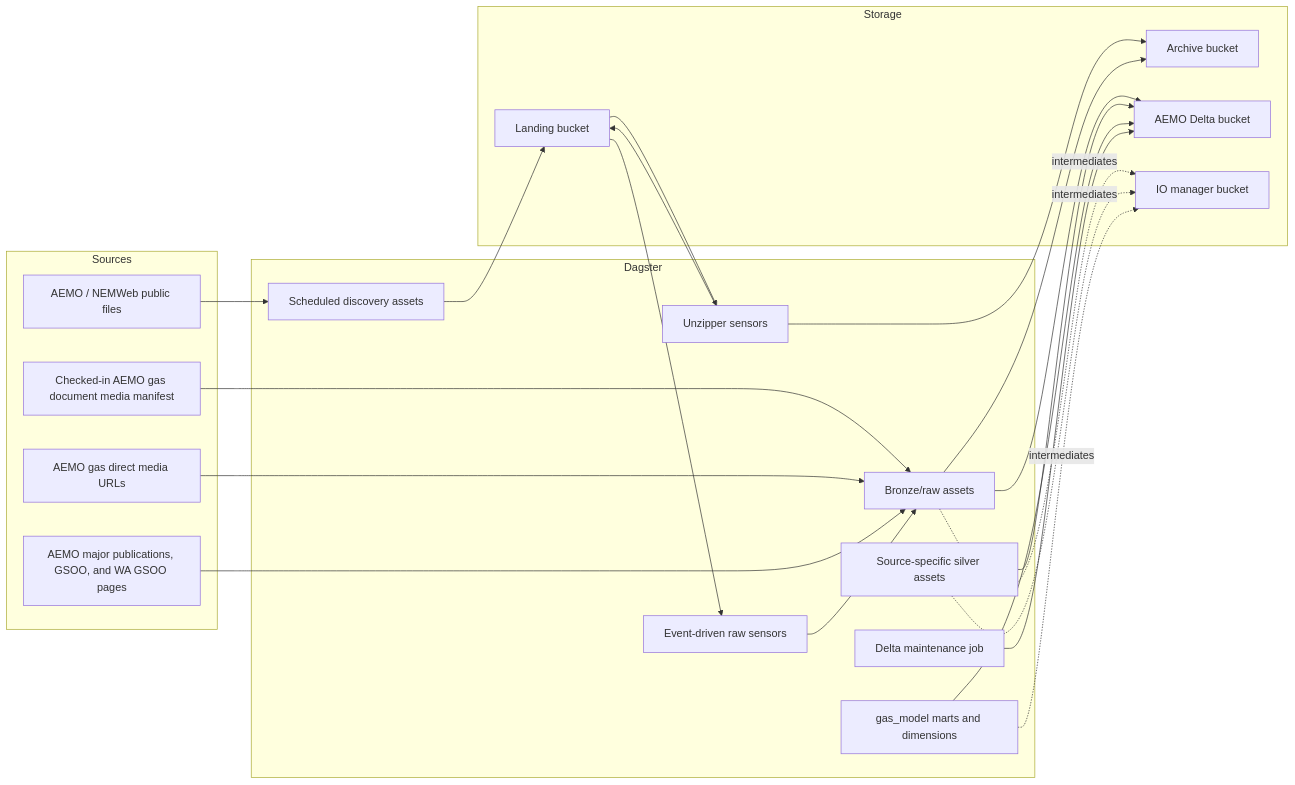
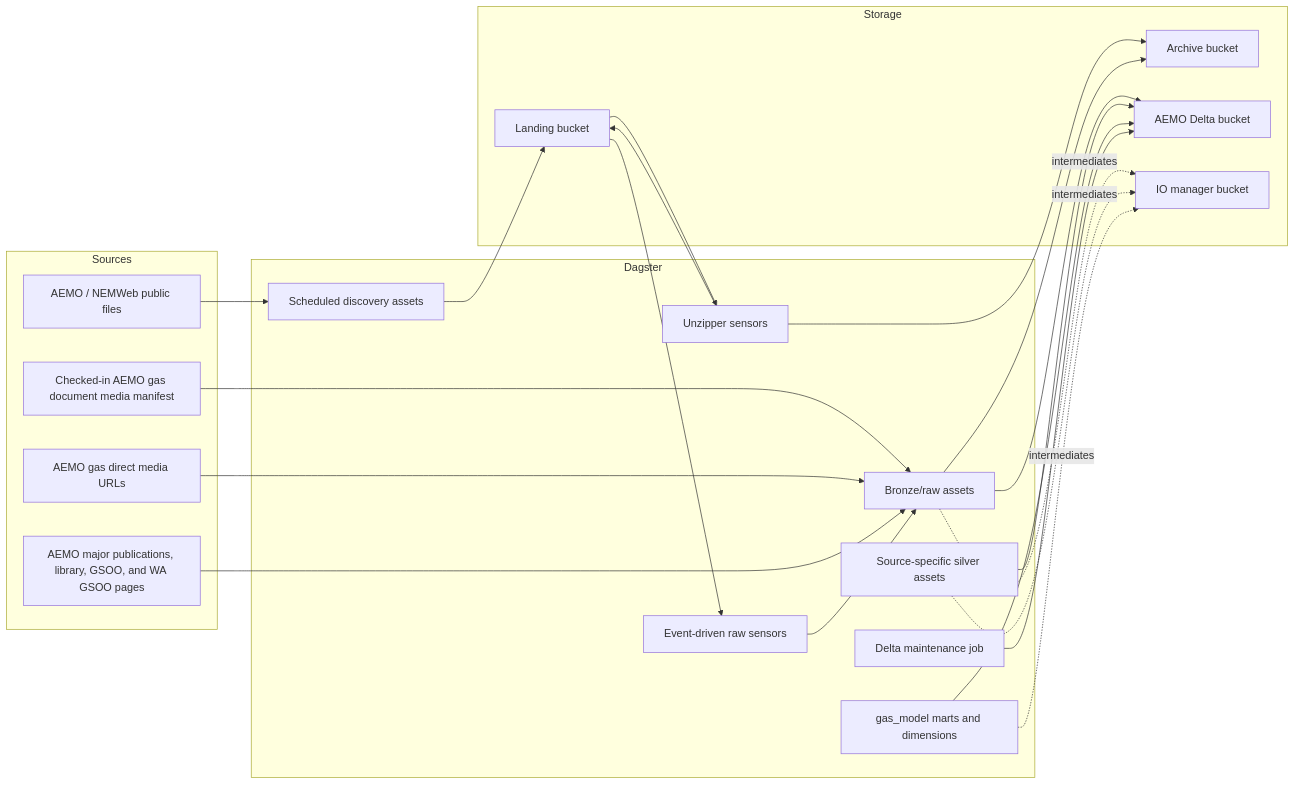
Before and after one commit to Chr1sC0de/energy-market-delta-lake: the first of 3 diagrams in backend-services/dagster-user/aemo-etl/README.md, drawn with Mermaid. The commit also changed other lines of this file and 9 other files, not shown here.

Commit message:
Implement issue #271 major publications dedupe

````diff
--- a/backend-services/dagster-user/aemo-etl/README.md
+++ b/backend-services/dagster-user/aemo-etl/README.md
@@ -58,45 +61,45 @@
 ```mermaid
 flowchart LR
     subgraph Sources
         NEMWeb["AEMO / NEMWeb public files"]
         AEMODocs["Checked-in AEMO gas document media manifest"]
         AEMOMedia["AEMO gas direct media URLs"]
-        MajorPubs["AEMO major publications, GSOO, and WA GSOO pages"]
+        MajorPubs["AEMO major publications, library, GSOO, and WA GSOO pages"]
     end
 
     subgraph Dagster
         Schedules["Scheduled discovery assets"]
         UnzipSensors["Unzipper sensors"]
         RawSensors["Event-driven raw sensors"]
         RawAssets["Bronze/raw assets"]
         SilverAssets["Source-specific silver assets"]
         GasModel["gas_model marts and dimensions"]
         Maintenance["Delta maintenance job"]
     end
 
     subgraph Storage
         Landing["Landing bucket"]
         Archive["Archive bucket"]
         AEMO["AEMO Delta bucket"]
         IOMgr["IO manager bucket"]
     end
 
     NEMWeb --> Schedules
     AEMODocs --> RawAssets
     AEMOMedia --> RawAssets
     MajorPubs --> RawAssets
     Schedules --> Landing
     Landing --> UnzipSensors
     UnzipSensors --> Landing
     UnzipSensors --> Archive
     Landing --> RawSensors
     RawSensors --> RawAssets
     RawAssets --> Archive
     RawAssets --> AEMO
     SilverAssets --> AEMO
     GasModel --> AEMO
     Maintenance --> AEMO
     RawAssets -. intermediates .-> IOMgr
     SilverAssets -. intermediates .-> IOMgr
     GasModel -. intermediates .-> IOMgr
 ```
````
